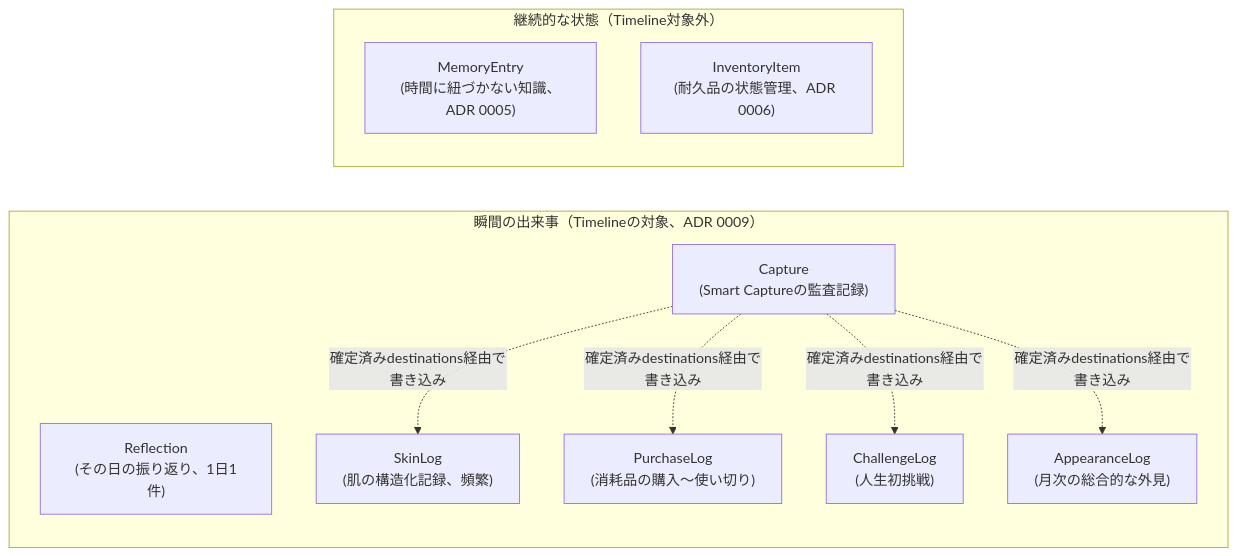
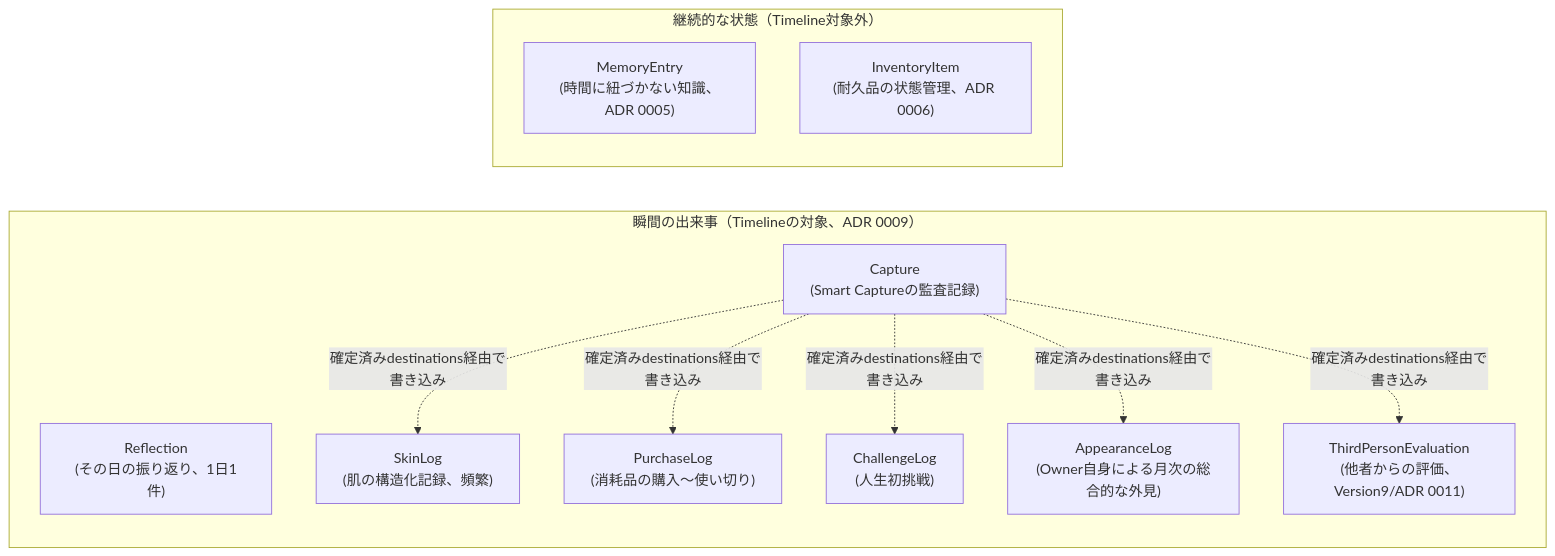
One commit to okano171013-ai/project-arc changed the third of 3 diagrams in docs/architecture-diagram.md. Above: the diagram before and after it, drawn with Mermaid. The commit also changed other lines of this file and 38 other files, not shown here.

````diff
--- a/docs/architecture-diagram.md
+++ b/docs/architecture-diagram.md
@@ -94,21 +110,23 @@
 ```mermaid
 graph LR
     subgraph "瞬間の出来事（Timelineの対象、ADR 0009）"
         Reflection["Reflection\n(その日の振り返り、1日1件)"]
-        AppearanceLog["AppearanceLog\n(月次の総合的な外見)"]
+        AppearanceLog["AppearanceLog\n(Owner自身による月次の総合的な外見)"]
         SkinLog["SkinLog\n(肌の構造化記録、頻繁)"]
         PurchaseLog["PurchaseLog\n(消耗品の購入〜使い切り)"]
         ChallengeLog["ChallengeLog\n(人生初挑戦)"]
+        ThirdPersonEval["ThirdPersonEvaluation\n(他者からの評価、Version9/ADR 0011)"]
         Capture["Capture\n(Smart Captureの監査記録)"]
     end
 
     subgraph "継続的な状態（Timeline対象外）"
         Memory["MemoryEntry\n(時間に紐づかない知識、ADR 0005)"]
         Inventory["InventoryItem\n(耐久品の状態管理、ADR 0006)"]
     end
 
     Capture -.確定済みdestinations経由で書き込み.-> SkinLog
     Capture -.確定済みdestinations経由で書き込み.-> PurchaseLog
     Capture -.確定済みdestinations経由で書き込み.-> ChallengeLog
     Capture -.確定済みdestinations経由で書き込み.-> AppearanceLog
+    Capture -.確定済みdestinations経由で書き込み.-> ThirdPersonEval
 ```
````
